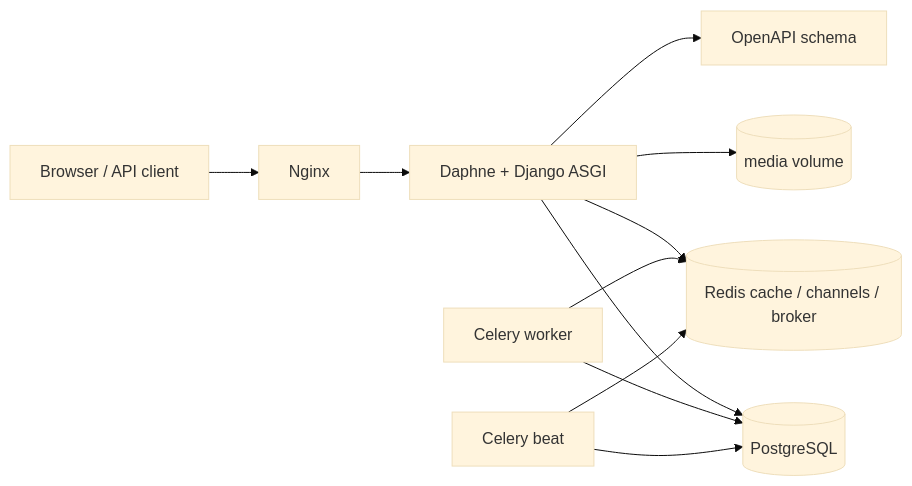
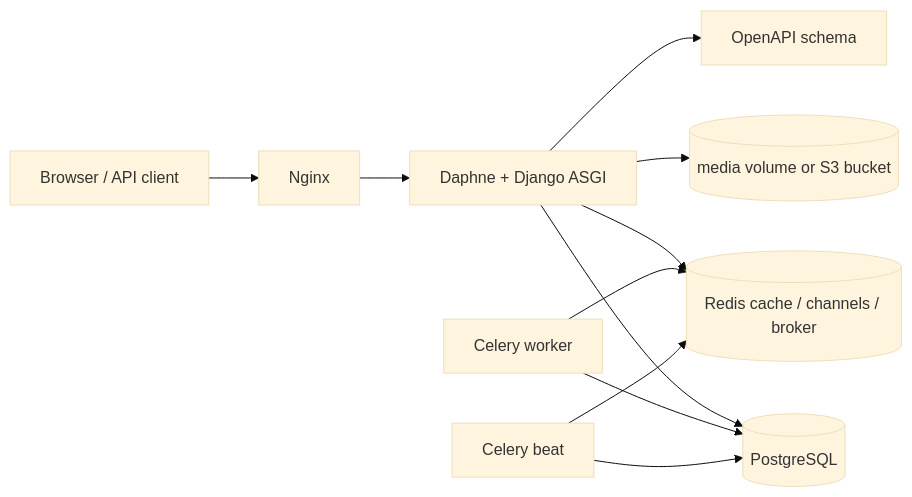
One commit to naevor/n-feed changed the diagram in README.md. Above: the diagram before and after it, drawn with Mermaid (base theme). The commit also changed other lines of this file and 6 other files, not shown here.

````diff
--- a/README.md
+++ b/README.md
@@ -22,13 +23,13 @@
 ```mermaid
 flowchart LR
     Browser[Browser / API client] --> Nginx[Nginx]
     Nginx --> Web[Daphne + Django ASGI]
     Web --> Postgres[(PostgreSQL)]
     Web --> Redis[(Redis cache / channels / broker)]
-    Web --> Media[(media volume)]
+    Web --> Media[(media volume or S3 bucket)]
     Web --> OpenAPI[OpenAPI schema]
     Celery[Celery worker] --> Redis
     Celery --> Postgres
     Beat[Celery beat] --> Postgres
     Beat --> Redis
 ```
````
